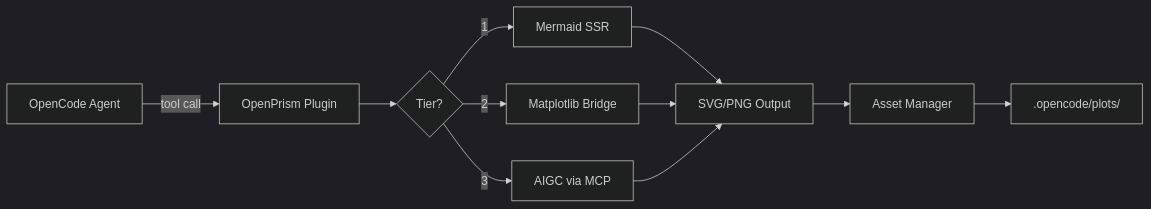
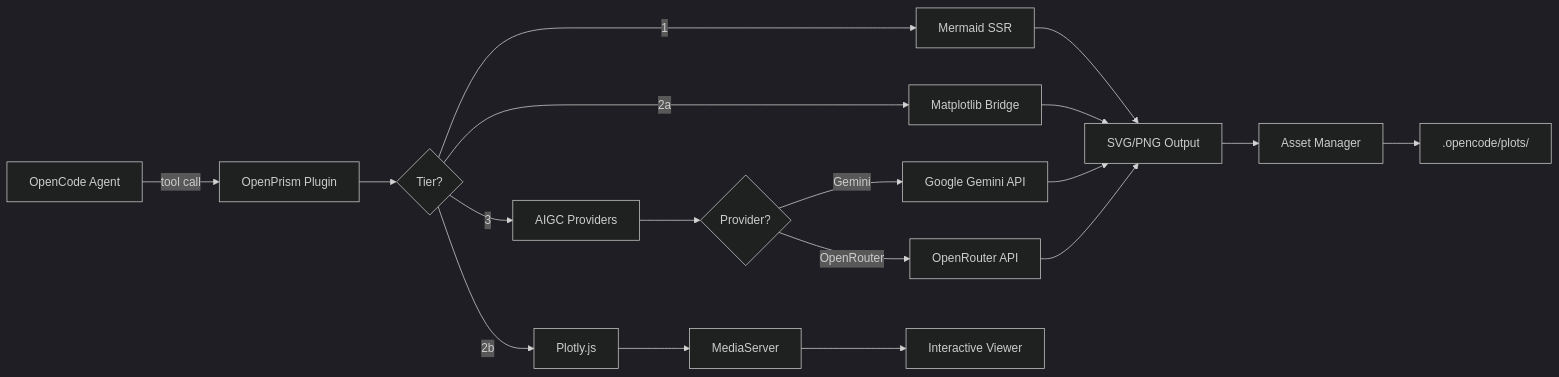
One commit to SOAR-Robotics-Lab/OpenPrism changed the diagram in README.md. Above: the diagram before and after it, drawn with Mermaid (dark theme). The commit also changed other lines of this file and 3 other files, not shown here.

````diff
--- a/README.md
+++ b/README.md
@@ -20,13 +21,20 @@
 ```mermaid
 graph LR
     A[OpenCode Agent] -->|tool call| B[OpenPrism Plugin]
     B --> C{Tier?}
     C -->|1| D[Mermaid SSR]
-    C -->|2| E[Matplotlib Bridge]
-    C -->|3| F[AIGC via MCP]
-    D --> G[SVG/PNG Output]
-    E --> G
-    F --> G
-    G --> H[Asset Manager]
-    H --> I[.opencode/plots/]
+    C -->|2a| E[Matplotlib Bridge]
+    C -->|2b| F[Plotly.js]
+    C -->|3| G[AIGC Providers]
+    G --> G1{Provider?}
+    G1 -->|Gemini| G2[Google Gemini API]
+    G1 -->|OpenRouter| G3[OpenRouter API]
+    D --> H[SVG/PNG Output]
+    E --> H
+    G2 --> H
+    G3 --> H
+    F --> I[MediaServer]
+    I --> J[Interactive Viewer]
+    H --> K[Asset Manager]
+    K --> L[.opencode/plots/]
 ```
````
